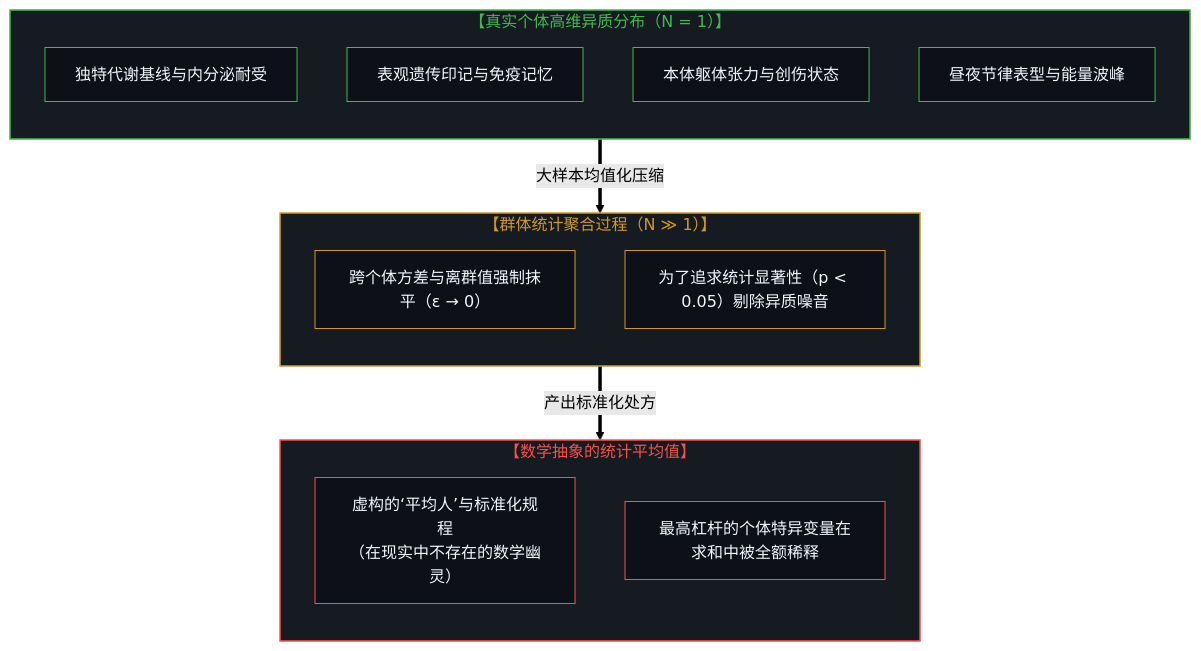
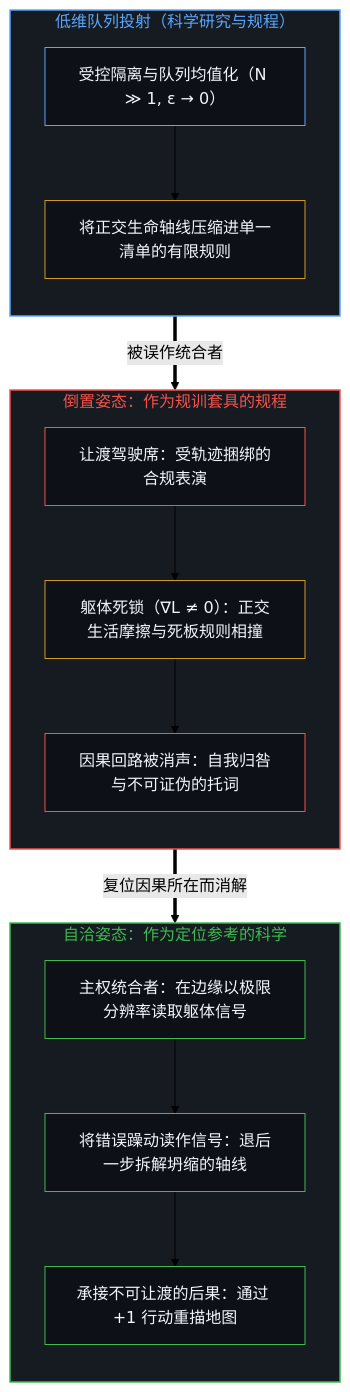
The first of 2 diagrams in content/posts/the-inversion-of-the-protocol-and-the-silencing-of-the-causal-loop.md (powerpig99/not-a-toe), drawn with Mermaid (forest theme) before and after one commit. The commit also changed other lines of this file and 1 other file, not shown here.

Commit message:
Refine the-inversion-of-the-protocol-and-the-silencing-of-the-causal-loop (Wave 3 L2 #129)

````diff
--- a/content/posts/the-inversion-of-the-protocol-and-the-silencing-of-the-causal-loop.md
+++ b/content/posts/the-inversion-of-the-protocol-and-the-silencing-of-the-causal-loop.md
@@ -113,37 +51,40 @@
 ```mermaid
-graph TD
-    subgraph S_Individual["【真实个体高维异质分布（N = 1）】"]
+flowchart TD
+    subgraph S_Proj["低维队列投射（科学研究与规程）"]
         direction TB
-        I1["独特代谢基线与内分泌耐受"]
-        I2["表观遗传印记与免疫记忆"]
-        I3["本体躯体张力与创伤状态"]
-        I4["昼夜节律表型与能量波峰"]
+        P1["受控隔离与队列均值化（N ≫ 1, ε → 0）"]
+        P2["将正交生命轴线压缩进单一清单的有限规则"]
+        P1 --> P2
     end
 
-    subgraph S_Aggregation["【群体统计聚合过程（N ≫ 1）】"]
+    subgraph S_Inversion["倒置姿态：作为规训套具的规程"]
         direction TB
-        AG1["跨个体方差与离群值强制抹平（ε → 0）"]
-        AG2["为了追求统计显著性（p < 0.05）剔除异质噪音"]
+        I1["让渡驾驶席：受轨迹捆绑的合规表演"]
+        I2["躯体死锁（∇L ≠ 0）：正交生活摩擦与死板规则相撞"]
+        I3["因果回路被消声：自我归咎与不可证伪的托词"]
+        I1 --> I2 --> I3
     end
 
-    subgraph S_Fictional["【数学抽象的统计平均值】"]
+    subgraph S_Coherent["自洽姿态：作为定位参考的科学"]
         direction TB
-        F1["虚构的‘平均人’与标准化规程<br/>（在现实中不存在的数学幽灵）"]
-        F2["最高杠杆的个体特异变量在求和中被全额稀释"]
+        C1["主权统合者：在边缘以极限分辨率读取躯体信号"]
+        C2["将错误躁动读作信号：退后一步拆解坍缩的轴线"]
+        C3["承接不可让渡的后果：通过 +1 行动重描地图"]
+        C1 --> C2 --> C3
     end
 
-    S_Individual ==>|"大样本均值化压缩"| S_Aggregation
-    S_Aggregation ==>|"产出标准化处方"| S_Fictional
+    P2 ==>|"被误作统合者"| I1
+    I3 ==>|"复位因果所在而消解"| C1
 
-    style S_Individual fill:#161b22,stroke:#3fb950,stroke-width:1.5px,color:#3fb950
-    style S_Aggregation fill:#161b22,stroke:#d29922,stroke-width:1.5px,color:#d29922
-    style S_Fictional fill:#161b22,stroke:#f85149,stroke-width:1.5px,color:#f85149
-    style I1 fill:#0d1117,stroke:#3fb950,stroke-width:1px,color:#f0f6fc
-    style I2 fill:#0d1117,stroke:#3fb950,stroke-width:1px,color:#f0f6fc
-    style I3 fill:#0d1117,stroke:#3fb950,stroke-width:1px,color:#f0f6fc
-    style I4 fill:#0d1117,stroke:#3fb950,stroke-width:1px,color:#f0f6fc
-    style AG1 fill:#0d1117,stroke:#d29922,stroke-width:1px,color:#f0f6fc
-    style AG2 fill:#0d1117,stroke:#d29922,stroke-width:1px,color:#f0f6fc
-    style F1 fill:#0d1117,stroke:#f85149,stroke-width:1px,color:#f0f6fc
-    style F2 fill:#0d1117,stroke:#f85149,stroke-width:1px,color:#f0f6fc
+    style S_Proj fill:#161b22,stroke:#58a6ff,stroke-width:1.5px,color:#58a6ff
+    style S_Inversion fill:#161b22,stroke:#f85149,stroke-width:1.5px,color:#f85149
+    style S_Coherent fill:#161b22,stroke:#3fb950,stroke-width:1.5px,color:#3fb950
+    style P1 fill:#0d1117,stroke:#58a6ff,stroke-width:1px,color:#f0f6fc
+    style P2 fill:#0d1117,stroke:#d29922,stroke-width:1px,color:#f0f6fc
+    style I1 fill:#0d1117,stroke:#f85149,stroke-width:1px,color:#f0f6fc
+    style I2 fill:#0d1117,stroke:#d29922,stroke-width:1px,color:#f0f6fc
+    style I3 fill:#0d1117,stroke:#f85149,stroke-width:1px,color:#f0f6fc
+    style C1 fill:#0d1117,stroke:#3fb950,stroke-width:1px,color:#f0f6fc
+    style C2 fill:#0d1117,stroke:#3fb950,stroke-width:1px,color:#f0f6fc
+    style C3 fill:#0d1117,stroke:#3fb950,stroke-width:1px,color:#f0f6fc
 ```
````
